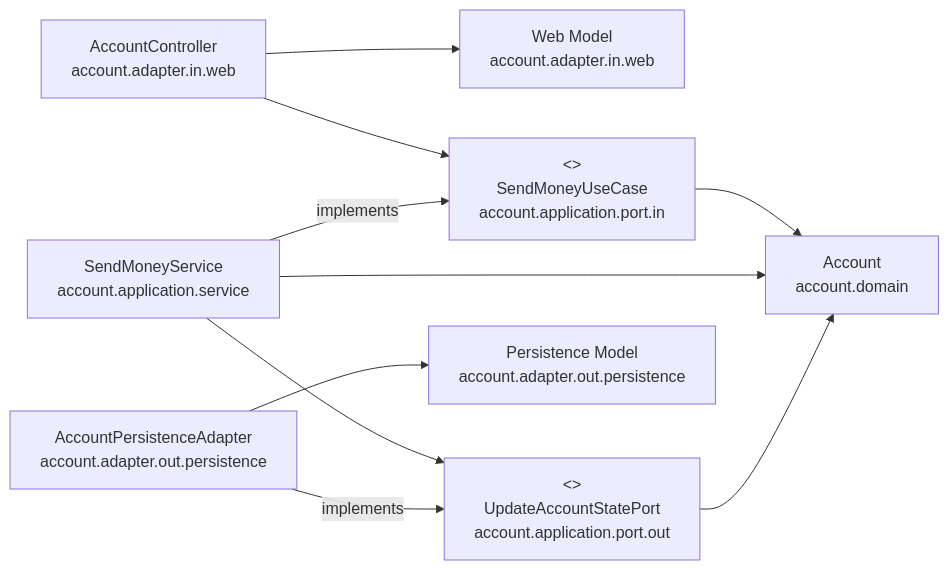
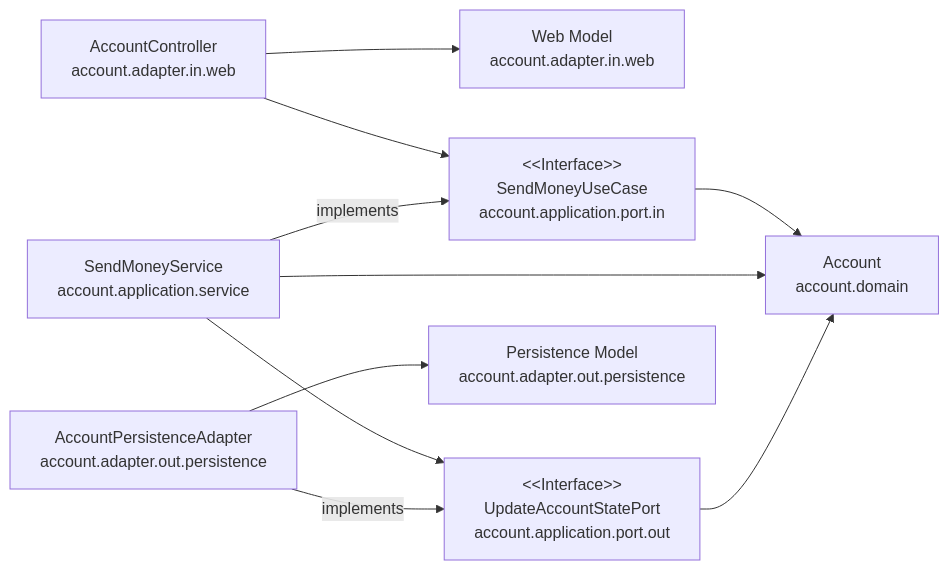
One commit to kimtks456/kimtks456.github.io changed the second of 4 diagrams in content/docs/application-architecture/clean-architecture/8_mapping-between-boundaries.md. Above: the diagram before and after it, drawn with Mermaid. The commit also changed other lines of this file and 3 other files, not shown here.

````diff
--- a/content/docs/application-architecture/clean-architecture/8_mapping-between-boundaries.md
+++ b/content/docs/application-architecture/clean-architecture/8_mapping-between-boundaries.md
@@ -97,21 +97,21 @@
 ```mermaid
 flowchart LR
     C["AccountController<br/>account.adapter.in.web"]
     WM["Web Model<br/>account.adapter.in.web"]
-    UC["<<Interface>><br/>SendMoneyUseCase<br/>account.application.port.in"]
+    UC["&lt;&lt;Interface&gt;&gt;<br/>SendMoneyUseCase<br/>account.application.port.in"]
     S["SendMoneyService<br/>account.application.service"]
-    PORT["<<Interface>><br/>UpdateAccountStatePort<br/>account.application.port.out"]
+    PORT["&lt;&lt;Interface&gt;&gt;<br/>UpdateAccountStatePort<br/>account.application.port.out"]
     A["AccountPersistenceAdapter<br/>account.adapter.out.persistence"]
     PM["Persistence Model<br/>account.adapter.out.persistence"]
     ACCOUNT["Account<br/>account.domain"]
 
     C --> UC
     C --> WM
     S -- implements --> UC
     S --> PORT
     A -- implements --> PORT
     A --> PM
     UC --> ACCOUNT
     S --> ACCOUNT
     PORT --> ACCOUNT
 ```
````
